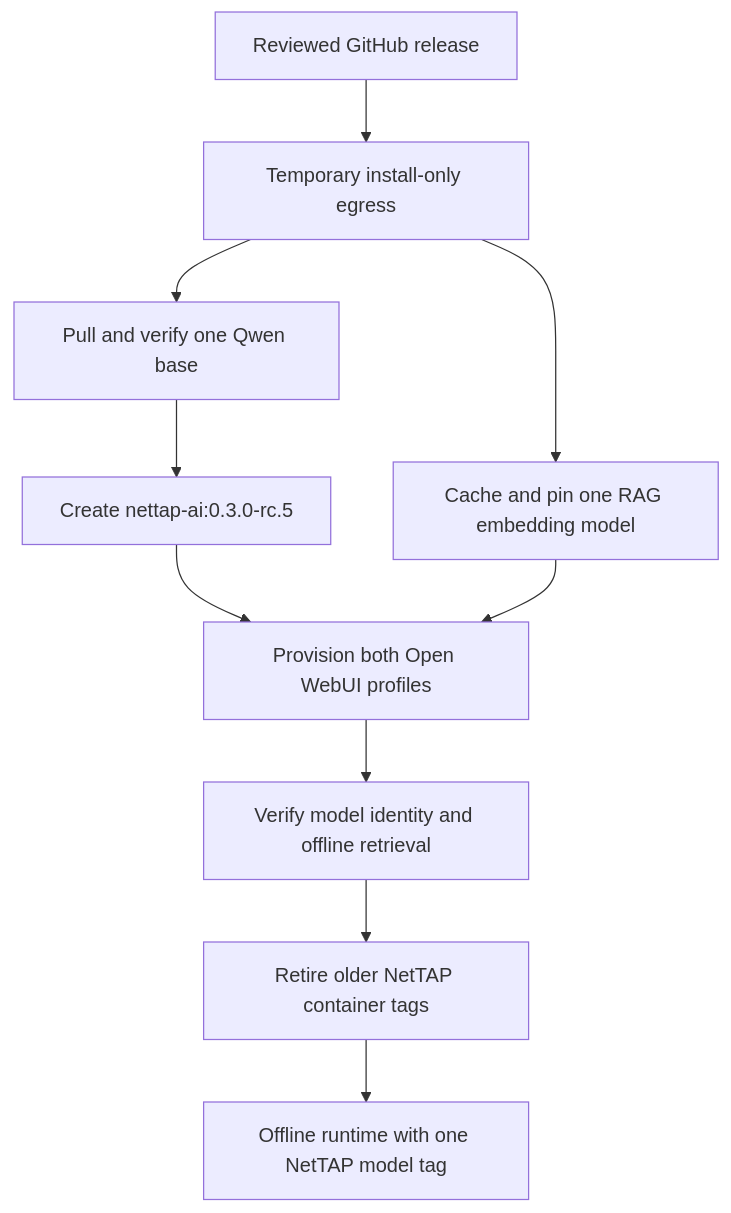
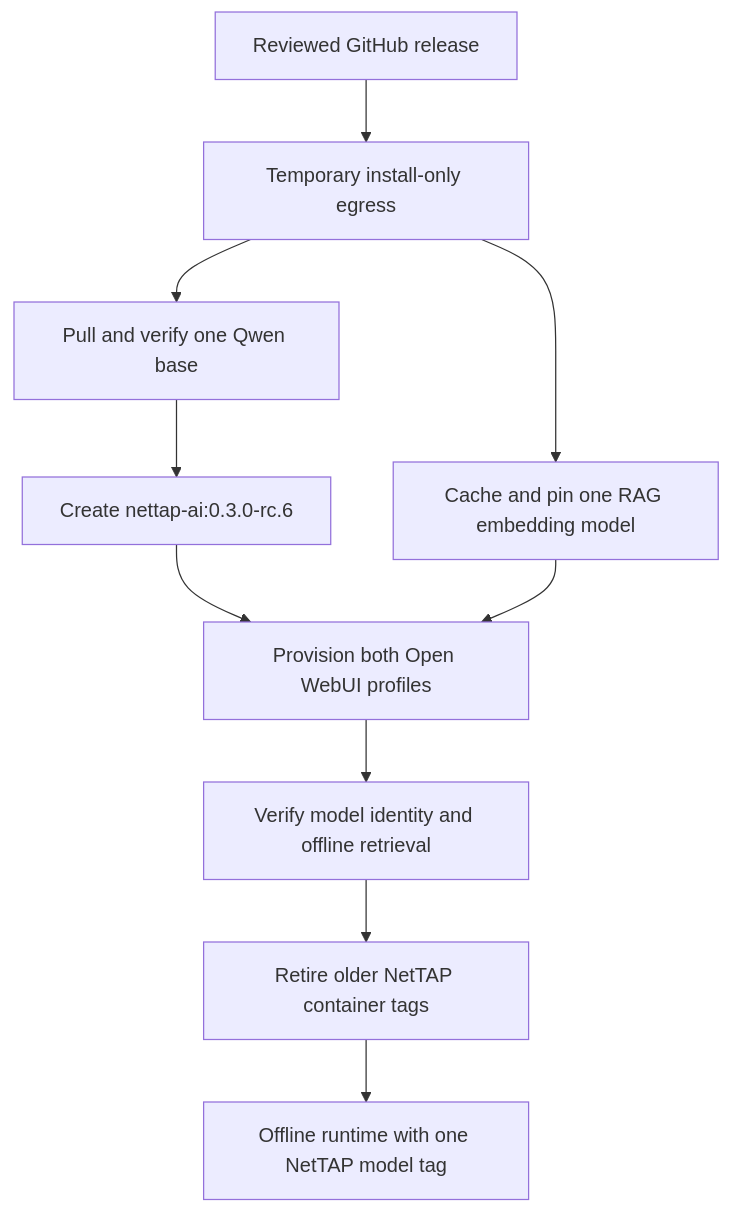
The second of 2 diagrams in docs/ARCHITECTURE.md (mpdwyer2367/nettap-packet-expert), drawn with Mermaid before and after one commit. The commit also changed other lines of this file and 57 other files, not shown here.

````diff
--- a/docs/ARCHITECTURE.md
+++ b/docs/ARCHITECTURE.md
@@ -32,12 +33,12 @@
 ```mermaid
 flowchart TB
     G["Reviewed GitHub release"] --> T["Temporary install-only egress"]
     T --> Q["Pull and verify one Qwen base"]
     T --> R["Cache and pin one RAG embedding model"]
-    Q --> C["Create nettap-ai:0.3.0-rc.5"]
+    Q --> C["Create nettap-ai:0.3.0-rc.6"]
     C --> P["Provision both Open WebUI profiles"]
     R --> P
     P --> V["Verify model identity and offline retrieval"]
     V --> X["Retire older NetTAP container tags"]
     X --> F["Offline runtime with one NetTAP model tag"]
 ```
````
